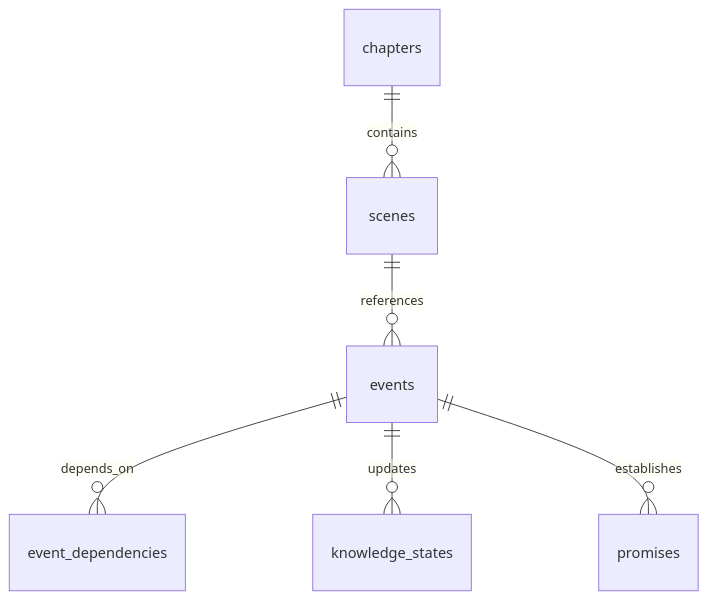
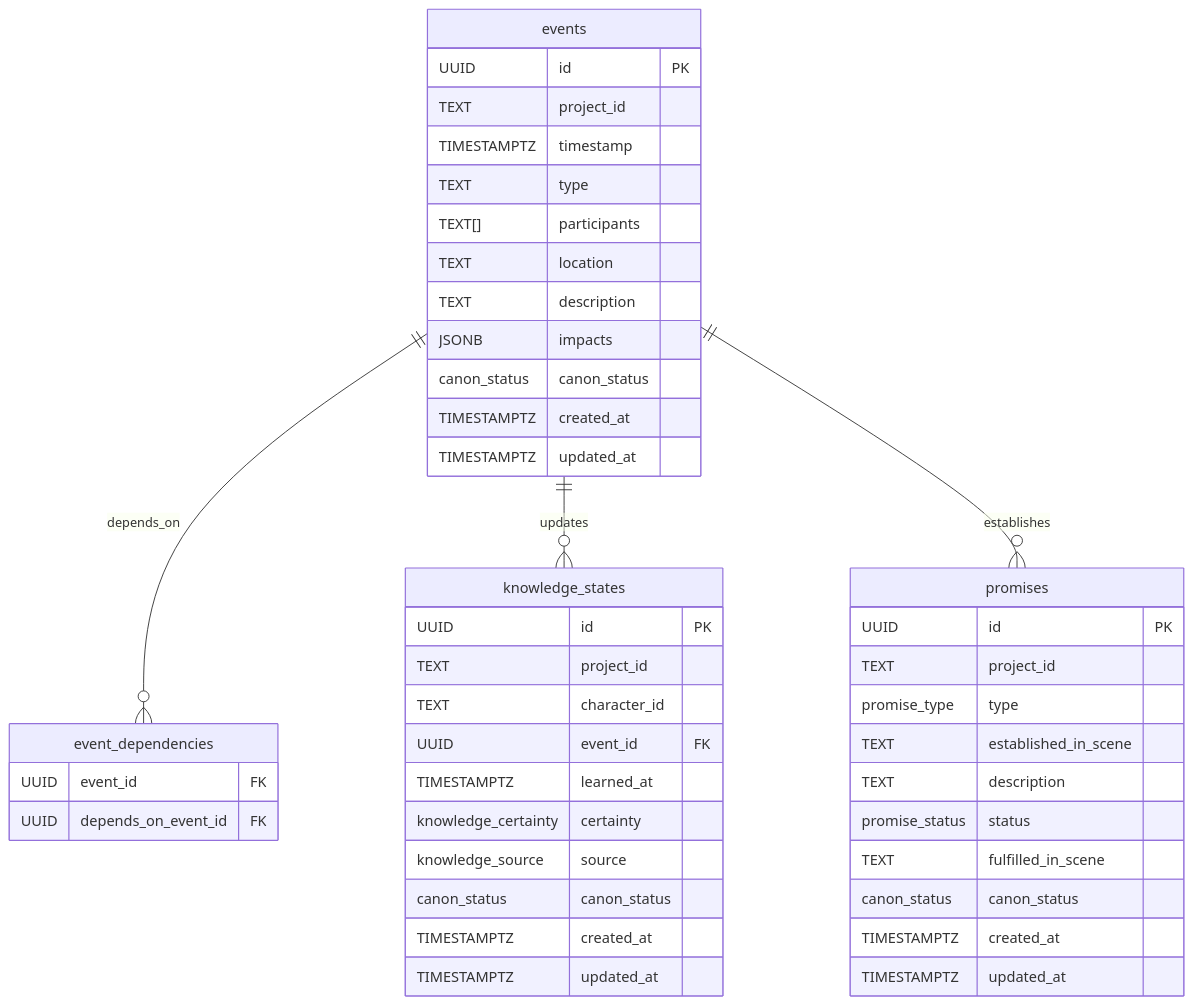
One commit to Johnsonbros/Uncharted_Stars_Saga changed the diagram in docs/narrative_schema_erd.md. Above: the diagram before and after it, drawn with Mermaid. The commit also changed other lines of this file and 3 other files, not shown here.

Commit message:
Finalize funnel, payment, and narrative ERD diagrams

````diff
--- a/docs/narrative_schema_erd.md
+++ b/docs/narrative_schema_erd.md
@@ -23,8 +23,51 @@
 ```mermaid
 erDiagram
   events ||--o{ event_dependencies : depends_on
   events ||--o{ knowledge_states : updates
   events ||--o{ promises : establishes
-  chapters ||--o{ scenes : contains
-  scenes ||--o{ events : references
+
+  events {
+    UUID id PK
+    TEXT project_id
+    TIMESTAMPTZ timestamp
+    TEXT type
+    TEXT[] participants
+    TEXT location
+    TEXT description
+    JSONB impacts
+    canon_status canon_status
+    TIMESTAMPTZ created_at
+    TIMESTAMPTZ updated_at
+  }
+
+  event_dependencies {
+    UUID event_id FK
+    UUID depends_on_event_id FK
+  }
+
+  knowledge_states {
+    UUID id PK
+    TEXT project_id
+    TEXT character_id
+    UUID event_id FK
+    TIMESTAMPTZ learned_at
+    knowledge_certainty certainty
+    knowledge_source source
+    canon_status canon_status
+    TIMESTAMPTZ created_at
+    TIMESTAMPTZ updated_at
+  }
+
+  promises {
+    UUID id PK
+    TEXT project_id
+    promise_type type
+    TEXT established_in_scene
+    TEXT description
+    promise_status status
+    TEXT fulfilled_in_scene
+    canon_status canon_status
+    TIMESTAMPTZ created_at
+    TIMESTAMPTZ updated_at
+  }
 ```
````
